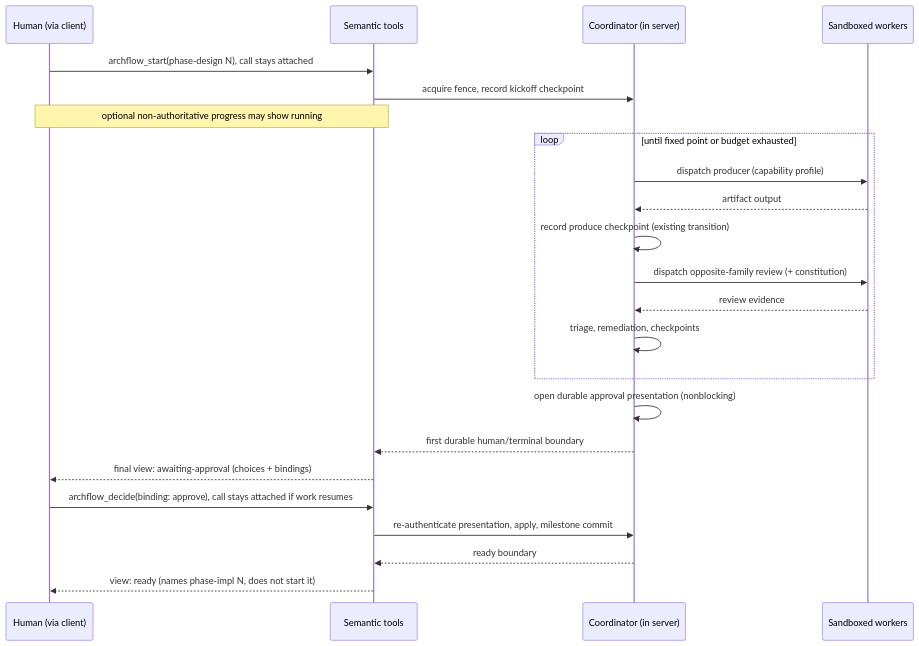
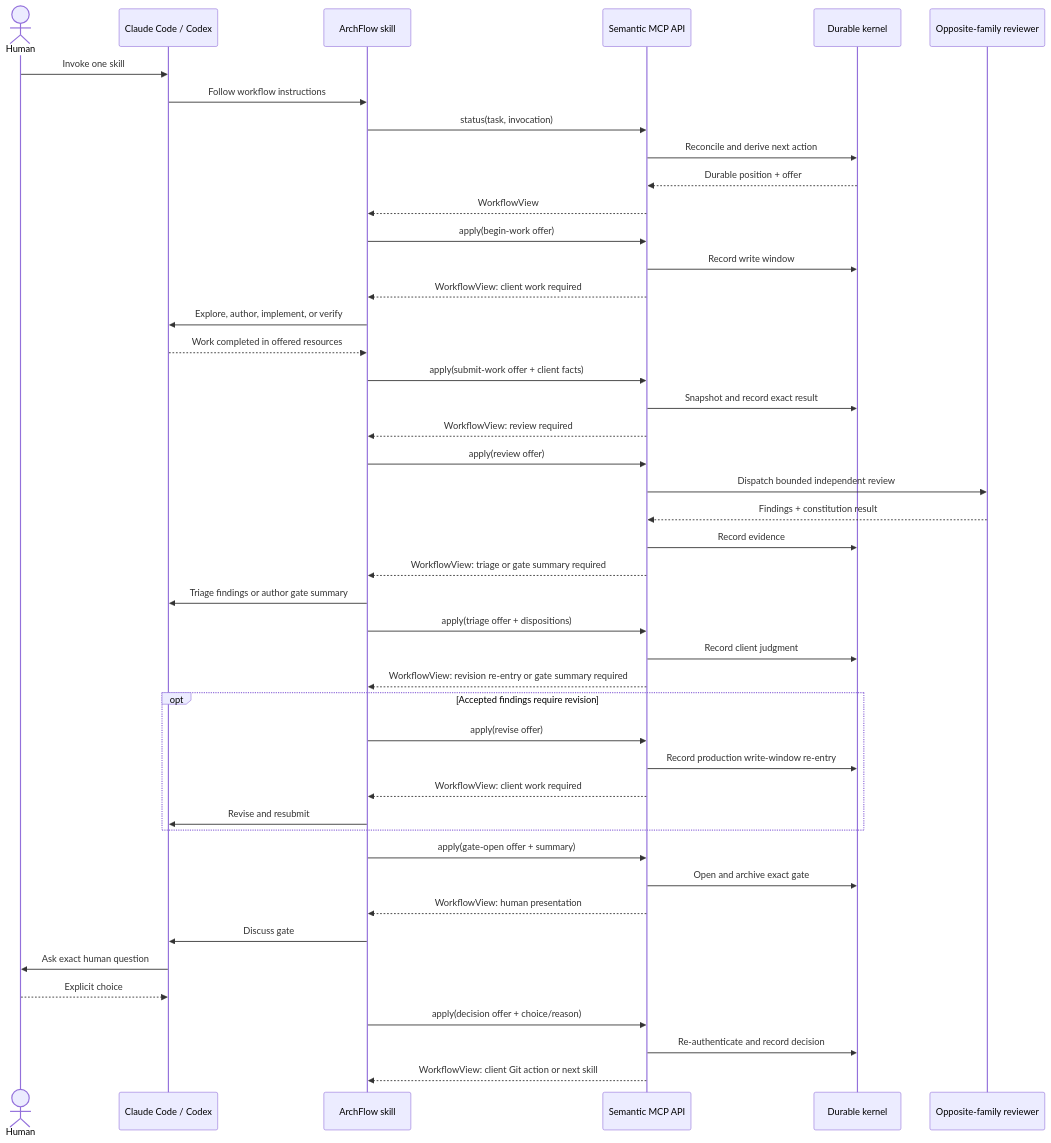
One commit to Aroton/ArchflowV2 changed the first of 11 diagrams in .archflow/tasks/api-refactor/design.md. Above: the diagram before and after it, drawn with Mermaid. The commit also changed other lines of this file and 16 other files, not shown here.

Commit message:
ArchFlow: Approve api-refactor phase 1 design

````diff
--- a/.archflow/tasks/api-refactor/design.md
+++ b/.archflow/tasks/api-refactor/design.md
@@ -167,25 +117,48 @@
 ```mermaid
 sequenceDiagram
-    participant H as Human (via client)
-    participant T as Semantic tools
-    participant C as Coordinator (in server)
-    participant W as Sandboxed workers
-    H->>T: archflow_start(phase-design N), call stays attached
-    T->>C: acquire fence, record kickoff checkpoint
-    Note over H,T: optional non-authoritative progress may show running
-    loop until fixed point or budget exhausted
-        C->>W: dispatch producer (capability profile)
-        W-->>C: artifact output
-        C->>C: record produce checkpoint (existing transition)
-        C->>W: dispatch opposite-family review (+ constitution)
-        W-->>C: review evidence
-        C->>C: triage, remediation, checkpoints
+    actor H as Human
+    participant C as Claude Code / Codex
+    participant S as ArchFlow skill
+    participant M as Semantic MCP API
+    participant K as Durable kernel
+    participant R as Opposite-family reviewer
+
+    H->>C: Invoke one skill
+    C->>S: Follow workflow instructions
+    S->>M: status(task, invocation)
+    M->>K: Reconcile and derive next action
+    K-->>M: Durable position + offer
+    M-->>S: WorkflowView
+    S->>M: apply(begin-work offer)
+    M->>K: Record write window
+    M-->>S: WorkflowView: client work required
+    S->>C: Explore, author, implement, or verify
+    C-->>S: Work completed in offered resources
+    S->>M: apply(submit-work offer + client facts)
+    M->>K: Snapshot and record exact result
+    M-->>S: WorkflowView: review required
+    S->>M: apply(review offer)
+    M->>R: Dispatch bounded independent review
+    R-->>M: Findings + constitution result
+    M->>K: Record evidence
+    M-->>S: WorkflowView: triage or gate summary required
+    S->>C: Triage findings or author gate summary
+    S->>M: apply(triage offer + dispositions)
+    M->>K: Record client judgment
+    M-->>S: WorkflowView: revision re-entry or gate summary required
+    opt Accepted findings require revision
+        S->>M: apply(revise offer)
+        M->>K: Record production write-window re-entry
+        M-->>S: WorkflowView: client work required
+        S->>C: Revise and resubmit
     end
-    C->>C: open durable approval presentation (nonblocking)
-    C-->>T: first durable human/terminal boundary
-    T-->>H: final view: awaiting-approval (choices + bindings)
-    H->>T: archflow_decide(binding: approve), call stays attached if work resumes
-    T->>C: re-authenticate presentation, apply, milestone commit
-    C-->>T: ready boundary
-    T-->>H: view: ready (names phase-impl N, does not start it)
+    S->>M: apply(gate-open offer + summary)
+    M->>K: Open and archive exact gate
+    M-->>S: WorkflowView: human presentation
+    S->>C: Discuss gate
+    C->>H: Ask exact human question
+    H-->>C: Explicit choice
+    S->>M: apply(decision offer + choice/reason)
+    M->>K: Re-authenticate and record decision
+    M-->>S: WorkflowView: client Git action or next skill
 ```
````
